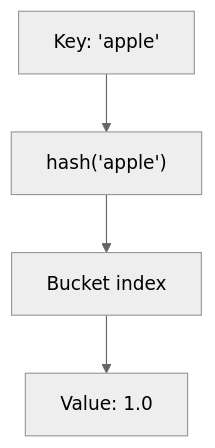
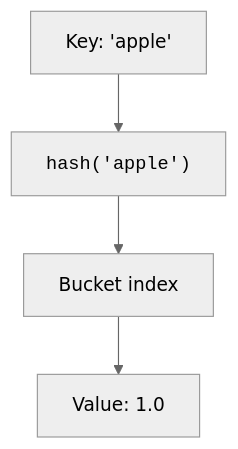
Before and after one commit to dataslope/dataslope: the diagram in content/learn/python-basics/dictionaries.mdx, drawn with Mermaid (neutral theme). The commit also changed 153 other files, not shown here.

First line of the commit message:
Render code-only mermaid shapes in monospace; convert step sequences to Steps

````diff
--- a/content/learn/python-basics/dictionaries.mdx
+++ b/content/learn/python-basics/dictionaries.mdx
@@ -14,6 +14,6 @@
 ```mermaid
 flowchart TD
-    A["Key: 'apple'"] --> B["hash('apple')"]
+    A["Key: 'apple'"] --> B["<code>hash('apple')</code>"]
     B --> C["Bucket index"]
     C --> D["Value: 1.0"]
 ```
````
